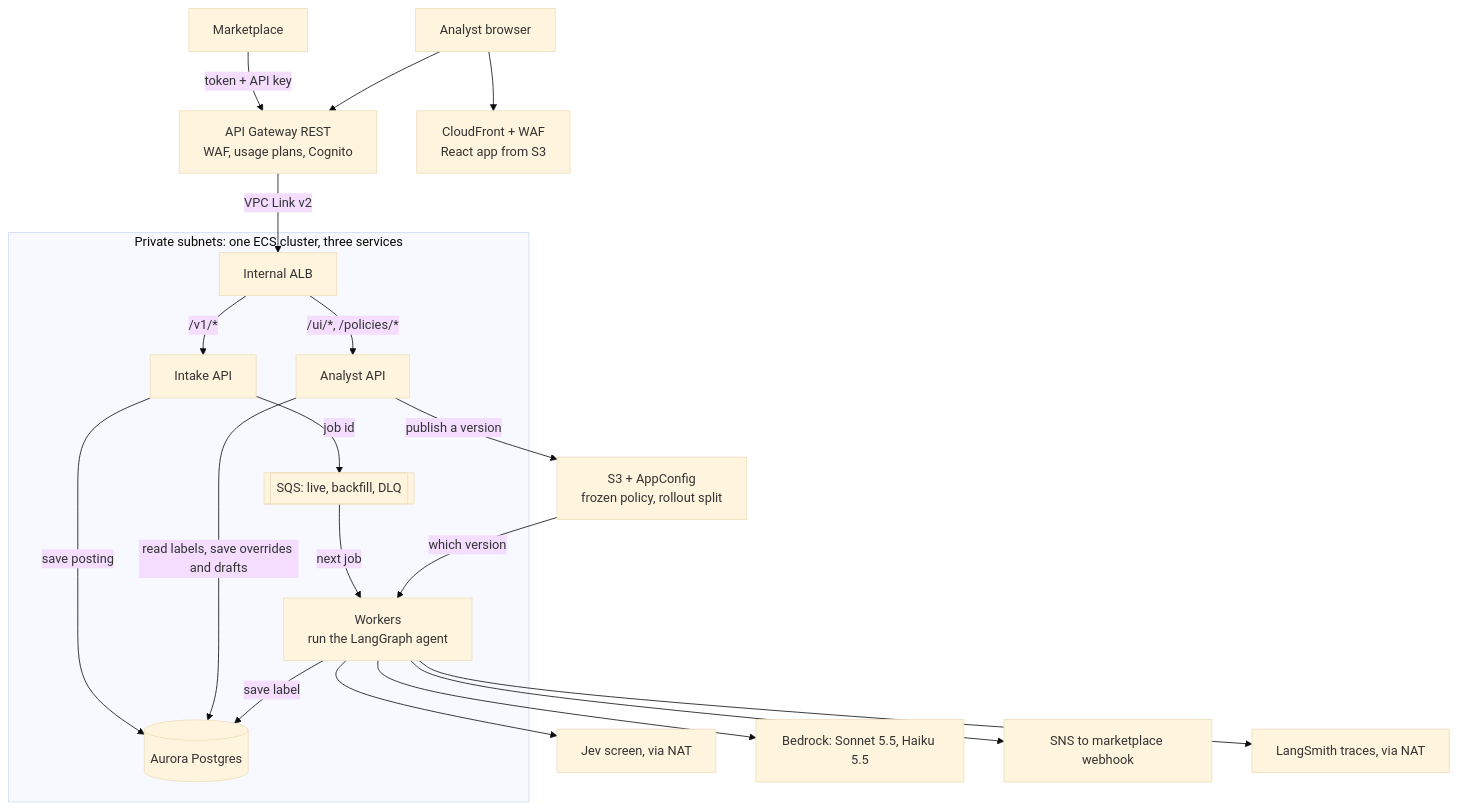
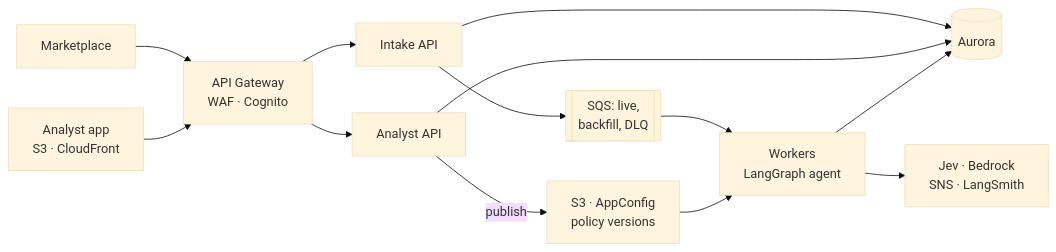
Before and after one commit to phanhpp/labeling-agent: the first of 2 diagrams in DESIGN.md, drawn with Mermaid (base theme). The commit also changed other lines of this file, not shown here.

````diff
--- a/DESIGN.md
+++ b/DESIGN.md
@@ -11,22 +7,9 @@
 ```mermaid
-flowchart TB
-  M[Marketplace] -->|token + API key| GW[API Gateway REST<br/>WAF, usage plans, Cognito]
-  A[Analyst browser] --> CF[CloudFront + WAF<br/>React app from S3]
-  A --> GW
-  GW -->|VPC Link v2| ALB[Internal ALB]
-  subgraph VPC [Private subnets: one ECS cluster, three services]
-    ALB -->|/v1/*| IN[Intake API]
-    ALB -->|/ui/*, /policies/*| AN[Analyst API]
-    IN -->|save posting| DB[(Aurora Postgres)]
-    IN -->|job id| Q[[SQS: live, backfill, DLQ]]
-    AN -->|read labels, save overrides and drafts| DB
-    Q -->|next job| W[Workers<br/>run the LangGraph agent]
-    W -->|save label| DB
-  end
-  AN -->|publish a version| CFG[S3 + AppConfig<br/>frozen policy, rollout split]
-  CFG -->|which version| W
-  W --> JEV[Jev screen, via NAT]
-  W --> BR[Bedrock: Sonnet 5.5, Haiku 5.5]
-  W --> SNS[SNS to marketplace webhook]
-  W --> LS[LangSmith traces, via NAT]
+flowchart LR
+  M[Marketplace] --> GW[API Gateway<br/>WAF · Cognito]
+  A[Analyst app<br/>S3 · CloudFront] --> GW
+  GW --> IN[Intake API] --> Q[[SQS: live,<br/>backfill, DLQ]] --> W[Workers<br/>LangGraph agent]
+  GW --> AN[Analyst API] -->|publish| CFG[S3 · AppConfig<br/>policy versions] --> W
+  IN & AN & W --> DB[(Aurora)]
+  W --> X[Jev · Bedrock<br/>SNS · LangSmith]
 ```
````
